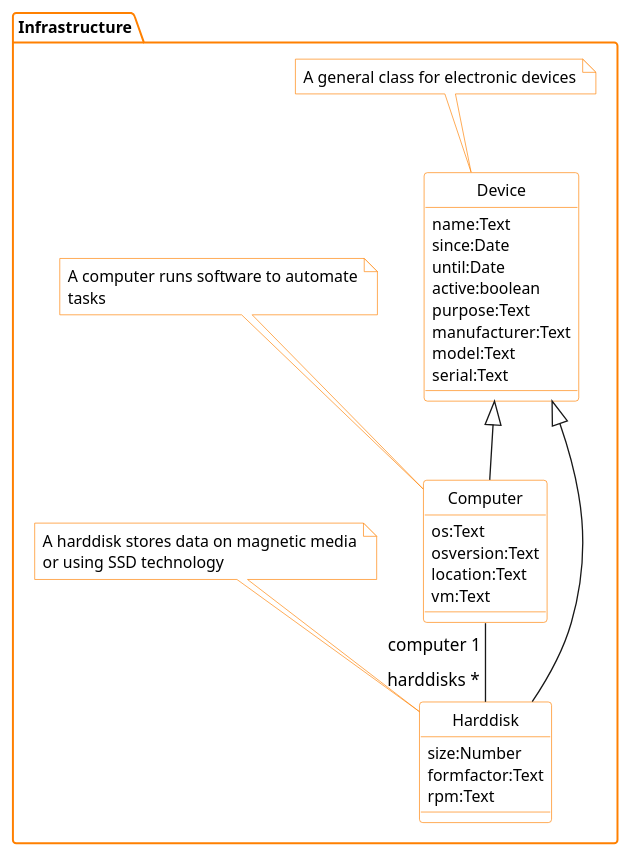
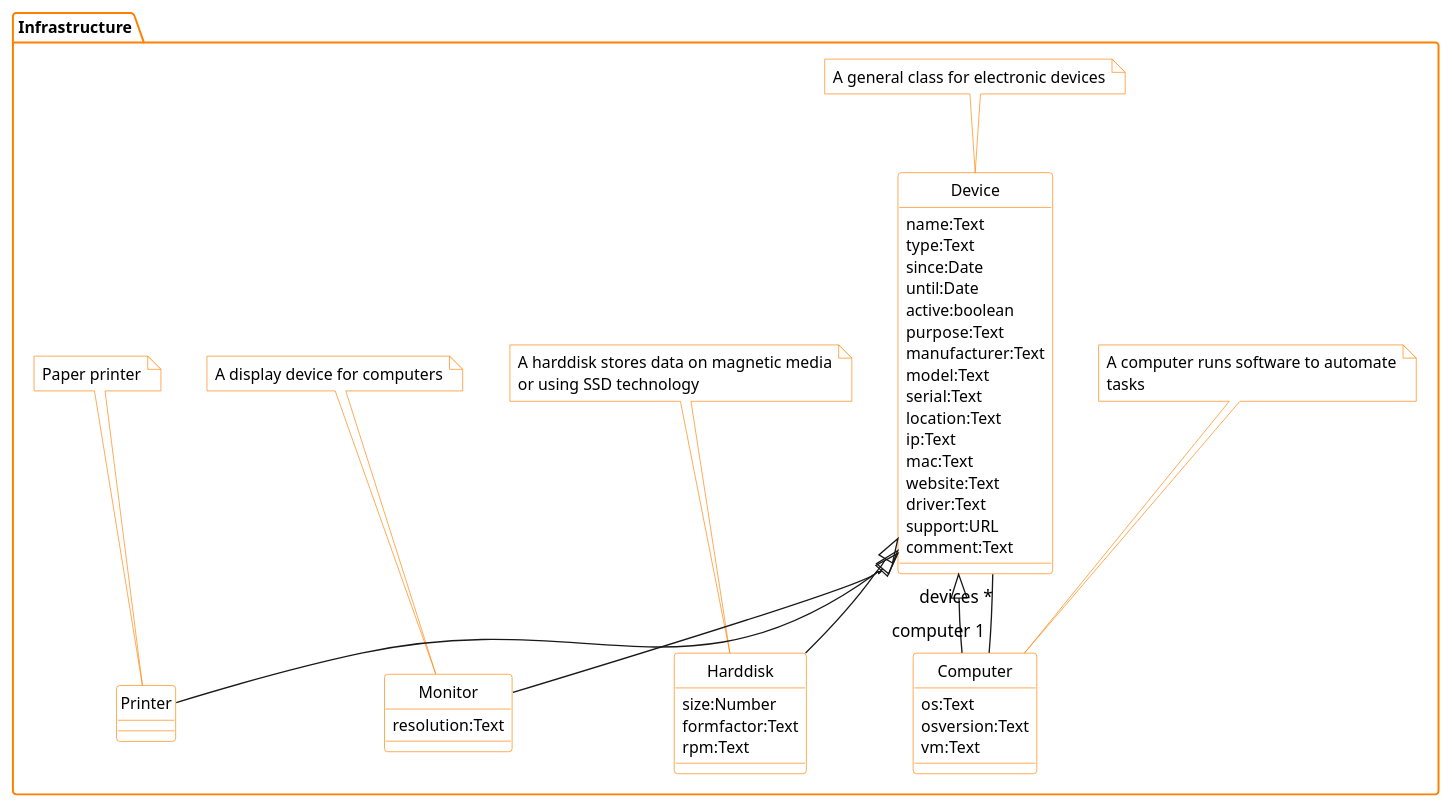
Before and after one commit to WolfgangFahl/pyMetaModel: the diagram in examples/infrastructure/infrastructure.puml, drawn with PlantUML. The commit also changed 20 other files, not shown here.

```diff
--- a/examples/infrastructure/infrastructure.puml
+++ b/examples/infrastructure/infrastructure.puml
@@ -1,114 +1,132 @@
 package Infrastructure {
   class Device {
     name:Text
+    type:Text
     since:Date
     until:Date
     active:boolean
     purpose:Text
     manufacturer:Text
     model:Text
     serial:Text
+    location:Text
+    ip:Text
+    mac:Text
+    website:Text
+    driver:Text
+    support:URL
+    comment:Text
   }
 Note top of Device
 A general class for electronic devices
 End note
   class Computer extends Device {
     os:Text
     osversion:Text
-    location:Text
     vm:Text
   }
 Note top of Computer
 A computer runs software to automate
 tasks
 End note
   class Harddisk extends Device {
     size:Number
     formfactor:Text
     rpm:Text
   }
 Note top of Harddisk
 A harddisk stores data on magnetic media
 or using SSD technology
 End note
+  class Monitor extends Device {
+    resolution:Text
+  }
+Note top of Monitor
+A display device for computers
+End note
+  class Printer extends Device {
+  }
+Note top of Printer
+Paper printer
+End note
 }
-Computer "computer 1" -- "harddisks *" Harddisk
+Computer "computer 1" -- "devices *" Device
 
 ' BITPlan Corporate identity skin params
 ' Copyright (c) 2015-2024 BITPlan GmbH
 ' see http://wiki.bitplan.com/PlantUmlSkinParams#BITPlanCI
 ' skinparams generated by com.bitplan.restmodelmanager
 skinparam note {
   BackGroundColor #FFFFFF
   FontSize 12
   ArrowColor #FF8000
   BorderColor #FF8000
   FontColor black
   FontName Technical
 }
 skinparam component {
   BackGroundColor #FFFFFF
   FontSize 12
   ArrowColor #FF8000
   BorderColor #FF8000
   FontColor black
   FontName Technical
 }
 skinparam package {
   BackGroundColor #FFFFFF
   FontSize 12
   ArrowColor #FF8000
   BorderColor #FF8000
   FontColor black
   FontName Technical
 }
 skinparam usecase {
   BackGroundColor #FFFFFF
   FontSize 12
   ArrowColor #FF8000
   BorderColor #FF8000
   FontColor black
   FontName Technical
 }
 skinparam activity {
   BackGroundColor #FFFFFF
   FontSize 12
   ArrowColor #FF8000
   BorderColor #FF8000
   FontColor black
   FontName Technical
 }
 skinparam classAttribute {
   BackGroundColor #FFFFFF
   FontSize 12
   ArrowColor #FF8000
   BorderColor #FF8000
   FontColor black
   FontName Technical
 }
 skinparam interface {
   BackGroundColor #FFFFFF
   FontSize 12
   ArrowColor #FF8000
   BorderColor #FF8000
   FontColor black
   FontName Technical
 }
 skinparam class {
   BackGroundColor #FFFFFF
   FontSize 12
   ArrowColor #FF8000
   BorderColor #FF8000
   FontColor black
   FontName Technical
 }
 skinparam object {
   BackGroundColor #FFFFFF
   FontSize 12
   ArrowColor #FF8000
   BorderColor #FF8000
   FontColor black
   FontName Technical
 }
 hide Circle
 ' end of skinparams '
```
